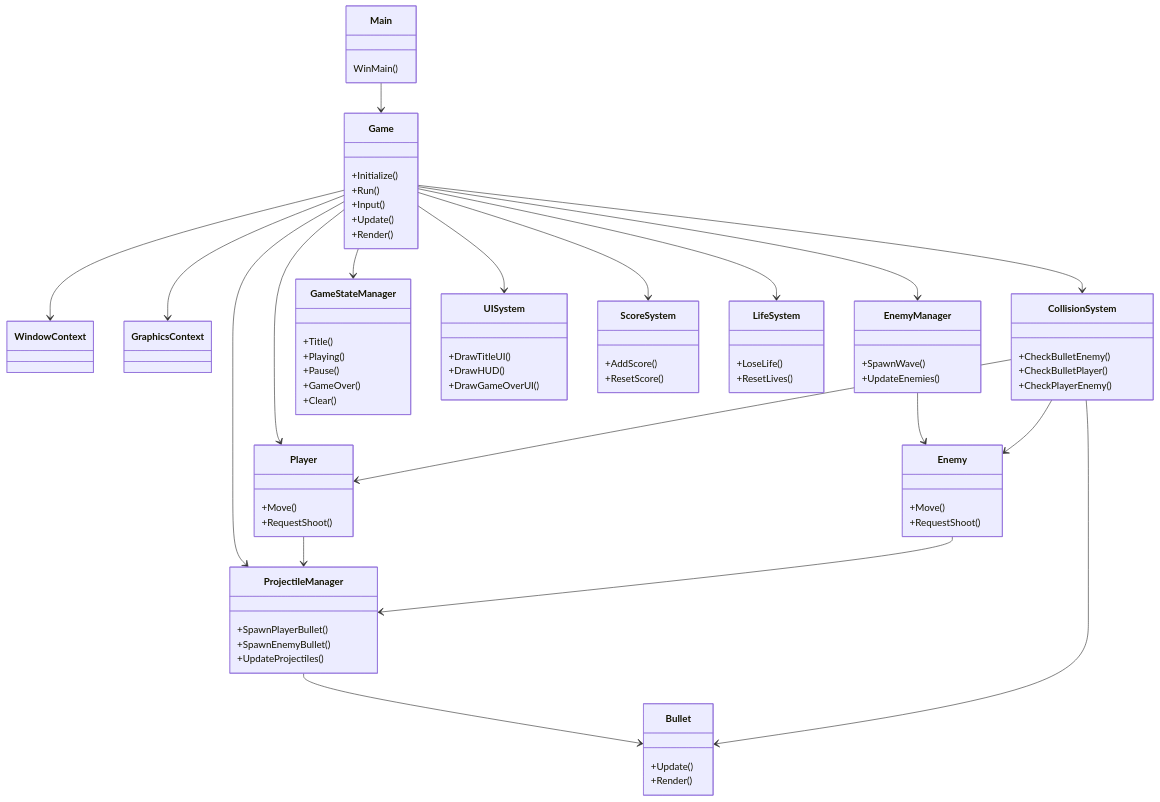
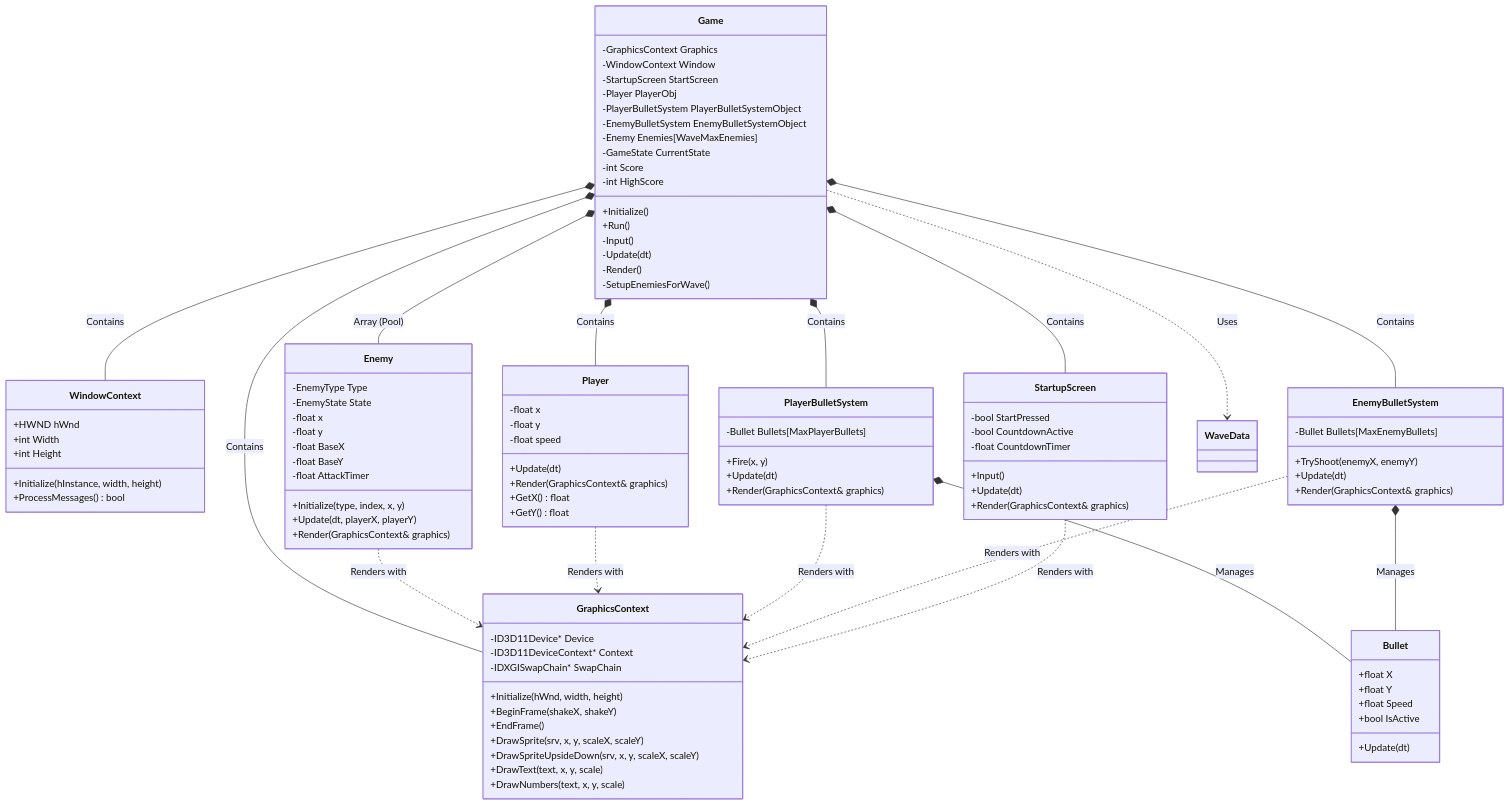
One commit to SpatiumSte11a/Game-Programming-Project-Work changed the diagram in DIAGRAM.md. Above: the diagram before and after it, drawn with Mermaid. The commit also changed other lines of this file, not shown here.

Commit message:
Revise Galaga project class diagram
Updated the class diagram for the Galaga project to reflect current and future structures, including detailed relationships and dependencies among classes.

````diff
--- a/DIAGRAM.md
+++ b/DIAGRAM.md
@@ -61,96 +5,117 @@
 ```mermaid
 classDiagram
-    class Main {
-        WinMain()
+    class Game {
+        -GraphicsContext Graphics
+        -WindowContext Window
+        -StartupScreen StartScreen
+        -Player PlayerObj
+        -PlayerBulletSystem PlayerBulletSystemObject
+        -EnemyBulletSystem EnemyBulletSystemObject
+        -Enemy Enemies[WaveMaxEnemies]
+        -GameState CurrentState
+        -int Score
+        -int HighScore
+        +Initialize()
+        +Run()
+        -Input()
+        -Update(dt)
+        -Render()
+        -SetupEnemiesForWave()
     }
 
-    class Game {
-        +Initialize()
-        +Run()
-        +Input()
-        +Update()
-        +Render()
+    class GraphicsContext {
+        -ID3D11Device* Device
+        -ID3D11DeviceContext* Context
+        -IDXGISwapChain* SwapChain
+        +Initialize(hWnd, width, height)
+        +BeginFrame(shakeX, shakeY)
+        +EndFrame()
+        +DrawSprite(srv, x, y, scaleX, scaleY)
+        +DrawSpriteUpsideDown(srv, x, y, scaleX, scaleY)
+        +DrawText(text, x, y, scale)
+        +DrawNumbers(text, x, y, scale)
     }
 
-    class WindowContext
-    class GraphicsContext
+    class WindowContext {
+        +HWND hWnd
+        +int Width
+        +int Height
+        +Initialize(hInstance, width, height)
+        +ProcessMessages() bool
+    }
 
     class Player {
-        +Move()
-        +RequestShoot()
+        -float x
+        -float y
+        -float speed
+        +Update(dt)
+        +Render(GraphicsContext& graphics)
+        +GetX() float
+        +GetY() float
     }
 
     class Enemy {
-        +Move()
-        +RequestShoot()
+        -EnemyType Type
+        -EnemyState State
+        -float x
+        -float y
+        -float BaseX
+        -float BaseY
+        -float AttackTimer
+        +Initialize(type, index, x, y)
+        +Update(dt, playerX, playerY)
+        +Render(GraphicsContext& graphics)
     }
 
-    class EnemyManager {
-        +SpawnWave()
-        +UpdateEnemies()
+    class PlayerBulletSystem {
+        -Bullet Bullets[MaxPlayerBullets]
+        +Fire(x, y)
+        +Update(dt)
+        +Render(GraphicsContext& graphics)
+    }
+
+    class EnemyBulletSystem {
+        -Bullet Bullets[MaxEnemyBullets]
+        +TryShoot(enemyX, enemyY)
+        +Update(dt)
+        +Render(GraphicsContext& graphics)
     }
 
     class Bullet {
-        +Update()
-        +Render()
+        +float X
+        +float Y
+        +float Speed
+        +bool IsActive
+        +Update(dt)
     }
 
-    class ProjectileManager {
-        +SpawnPlayerBullet()
-        +SpawnEnemyBullet()
-        +UpdateProjectiles()
+    class StartupScreen {
+        -bool StartPressed
+        -bool CountdownActive
+        -float CountdownTimer
+        +Input()
+        +Update(dt)
+        +Render(GraphicsContext& graphics)
     }
-
-    class CollisionSystem {
-        +CheckBulletEnemy()
-        +CheckBulletPlayer()
-        +CheckPlayerEnemy()
-    }
-
-    class GameStateManager {
-        +Title()
-        +Playing()
-        +Pause()
-        +GameOver()
-        +Clear()
-    }
-
-    class UISystem {
-        +DrawTitleUI()
-        +DrawHUD()
-        +DrawGameOverUI()
-    }
-
-    class ScoreSystem {
-        +AddScore()
-        +ResetScore()
-    }
-
-    class LifeSystem {
-        +LoseLife()
-        +ResetLives()
-    }
-
-    Main --> Game
-    Game --> WindowContext
-    Game --> GraphicsContext
-
-    Game --> Player
-    Game --> EnemyManager
-    EnemyManager --> Enemy
-
-    Game --> ProjectileManager
-    ProjectileManager --> Bullet
-    Player --> ProjectileManager
-    Enemy --> ProjectileManager
-
-    Game --> CollisionSystem
-    CollisionSystem --> Player
-    CollisionSystem --> Enemy
-    CollisionSystem --> Bullet
-
-    Game --> GameStateManager
-    Game --> UISystem
-    Game --> ScoreSystem
-    Game --> LifeSystem
+    
+    %% Relationships (Composition)
+    Game *-- GraphicsContext : Contains
+    Game *-- WindowContext : Contains
+    Game *-- StartupScreen : Contains
+    Game *-- Player : Contains
+    Game *-- PlayerBulletSystem : Contains
+    Game *-- EnemyBulletSystem : Contains
+    Game *-- Enemy : Array (Pool)
+    
+    %% Relationships (Aggregation/Composition)
+    PlayerBulletSystem *-- Bullet : Manages
+    EnemyBulletSystem *-- Bullet : Manages
+    
+    %% Relationships (Dependency)
+    Game ..> WaveData : Uses
+    Enemy ..> GraphicsContext : Renders with
+    Player ..> GraphicsContext : Renders with
+    PlayerBulletSystem ..> GraphicsContext : Renders with
+    EnemyBulletSystem ..> GraphicsContext : Renders with
+    StartupScreen ..> GraphicsContext : Renders with
 ```
````
